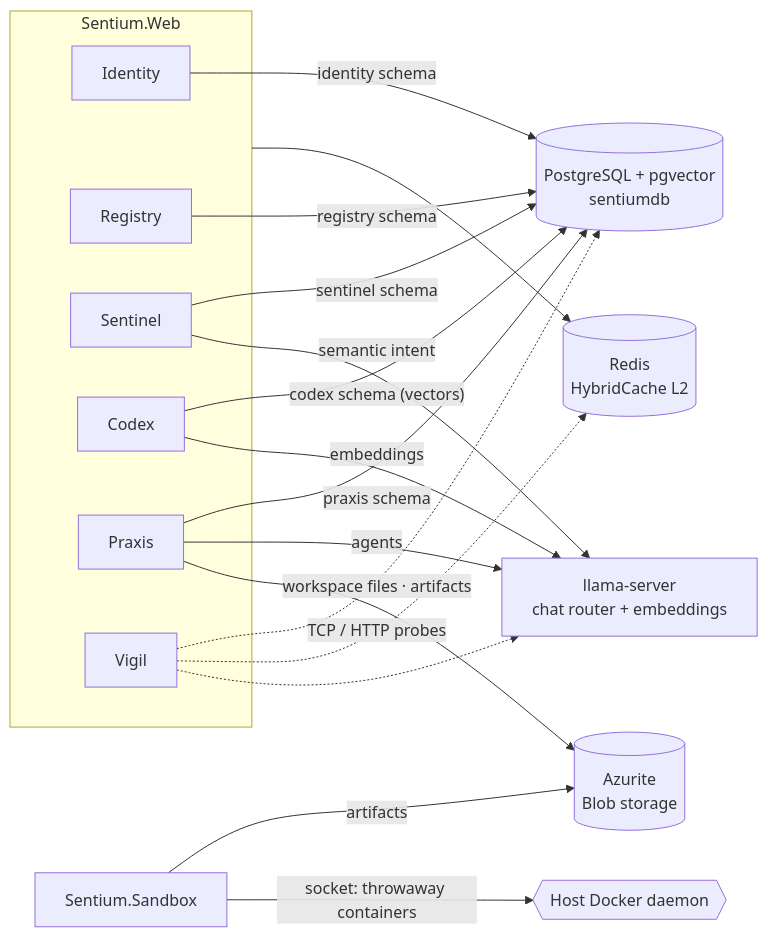
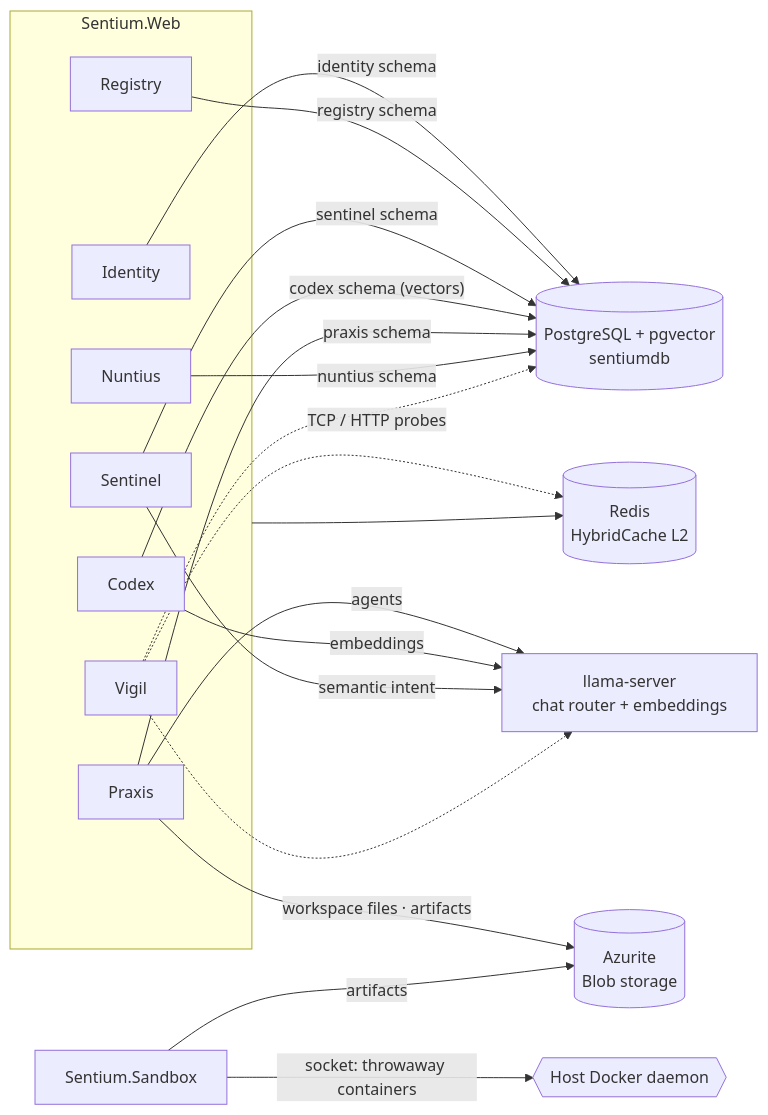
The diagram in docs/diagrams/structure-b-component-infrastructure.md (mihailshterev/sentium), drawn with Mermaid before and after one commit. The commit also changed 96 other files, not shown here.

````diff
--- a/docs/diagrams/structure-b-component-infrastructure.md
+++ b/docs/diagrams/structure-b-component-infrastructure.md
@@ -1,39 +1,41 @@
 ```mermaid
 flowchart LR
     subgraph WEB["Sentium.Web"]
         ID["Identity"]
         REG["Registry"]
         SEN["Sentinel"]
         CDX["Codex"]
         PRX["Praxis"]
         VIG["Vigil"]
+        NUN["Nuntius"]
     end
 
     SBX["Sentium.Sandbox"]
 
     PG[("PostgreSQL + pgvector<br/>sentiumdb")]
     REDIS[("Redis<br/>HybridCache L2")]
     OLL["llama-server<br/>chat router + embeddings"]
     BLOB[("Azurite<br/>Blob storage")]
     DOCKER{{"Host Docker daemon"}}
 
     ID -->|"identity schema"| PG
     REG -->|"registry schema"| PG
     SEN -->|"sentinel schema"| PG
     CDX -->|"codex schema (vectors)"| PG
     PRX -->|"praxis schema"| PG
+    NUN -->|"nuntius schema"| PG
 
     WEB --> REDIS
 
     PRX -->|"agents"| OLL
     CDX -->|"embeddings"| OLL
     SEN -->|"semantic intent"| OLL
     PRX -->|"workspace files · artifacts"| BLOB
 
     SBX -->|"artifacts"| BLOB
     SBX -->|"socket: throwaway containers"| DOCKER
 
     VIG -.->|"TCP / HTTP probes"| PG
     VIG -.-> REDIS
     VIG -.-> OLL
 ```
````
